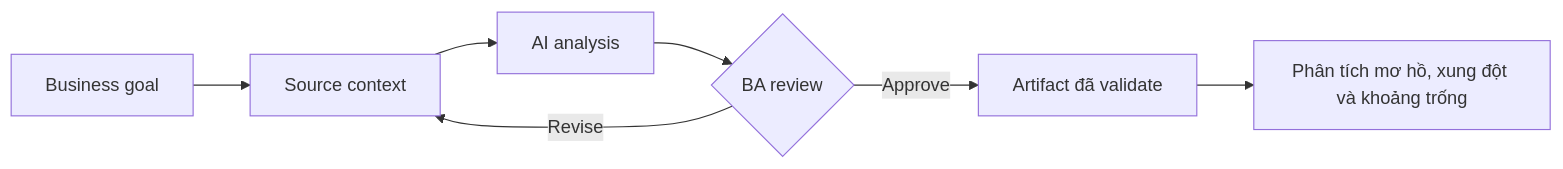
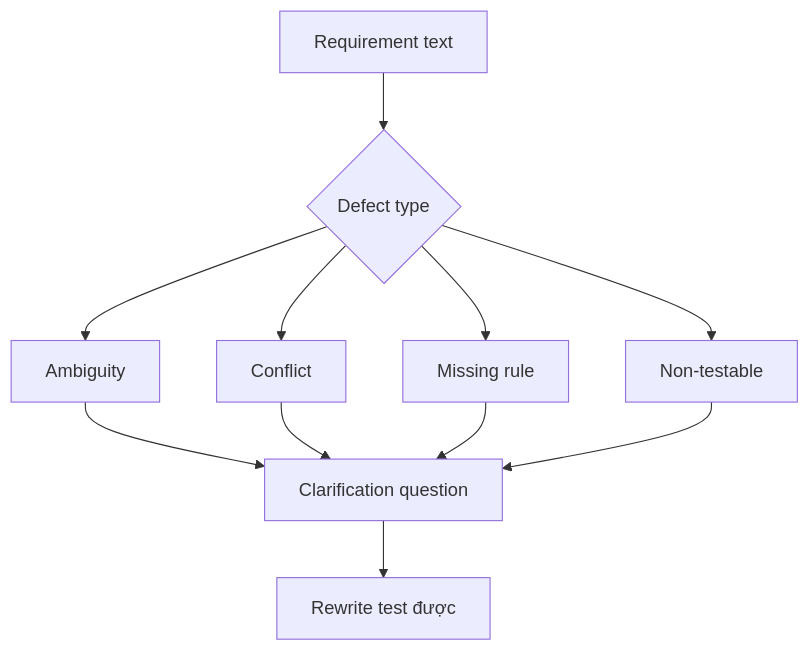
The diagram in docs/vi/lessons/ambiguity-conflict-and-gap-analysis/index.md (anhtnt90dev/ai-for-ba), drawn with Mermaid before and after one commit. The commit also changed other lines of this file and 64 other files, not shown here.

````diff
--- a/docs/vi/lessons/ambiguity-conflict-and-gap-analysis/index.md
+++ b/docs/vi/lessons/ambiguity-conflict-and-gap-analysis/index.md
@@ -39,9 +38,13 @@
 ```mermaid
-flowchart LR
-    A["Business goal"] --> B["Source context"]
-    B --> C["AI analysis"]
-    C --> D{"BA review"}
-    D -->|"Revise"| B
-    D -->|"Approve"| E["Artifact đã validate"]
-    E --> F["Phân tích mơ hồ, xung đột và khoảng trống"]
+flowchart TD
+    A["Requirement text"] --> B{"Defect type"}
+    B --> C["Ambiguity"]
+    B --> D["Conflict"]
+    B --> E["Missing rule"]
+    B --> F["Non-testable"]
+    C --> G["Clarification question"]
+    D --> G
+    E --> G
+    F --> G
+    G --> H["Rewrite test được"]
 ```
````
